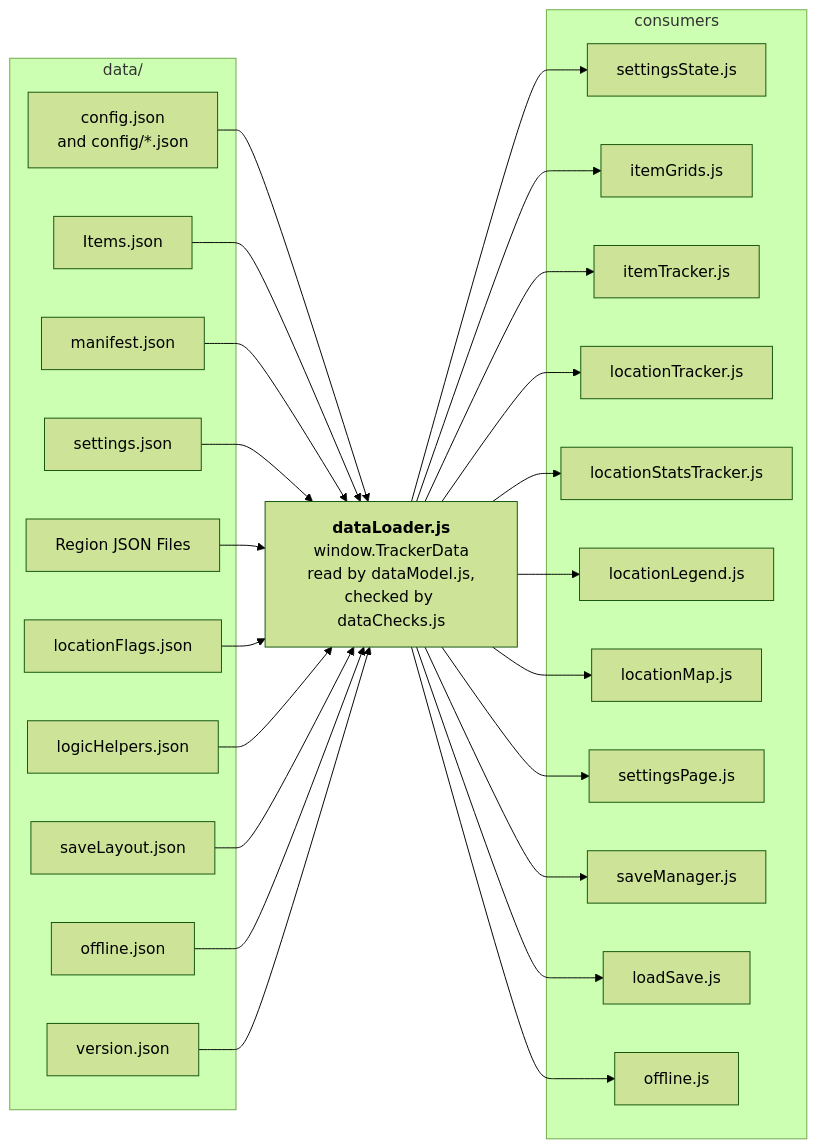
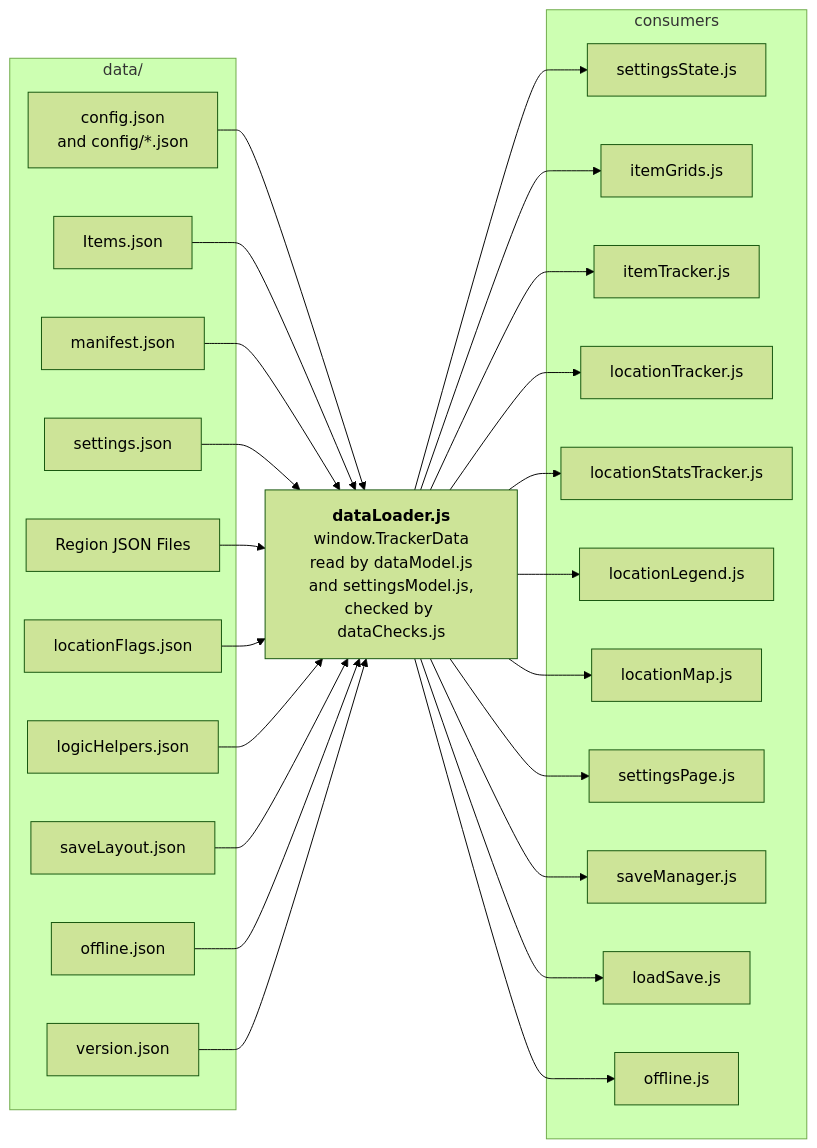
Before and after one commit to GonzaloJMora/mm3drTracker: the fourth of 20 diagrams in documentation/architecture-diagram.md, drawn with Mermaid (forest theme). The commit also changed other lines of this file and 12 other files, not shown here.

````diff
--- a/documentation/architecture-diagram.md
+++ b/documentation/architecture-diagram.md
@@ -89,54 +90,54 @@
 ```mermaid
 %%{init: {"flowchart": {"rankSpacing": 30}}}%%
 flowchart LR
     subgraph D["data/"]
         CFG["config.json<br/>and config/*.json"]
         ITM["Items.json"]
         MAN["manifest.json"]
         SET["settings.json"]
         REG["Region JSON Files"]
         FLG["locationFlags.json"]
         HLP["logicHelpers.json"]
         LAY["saveLayout.json"]
         OFF["offline.json"]
         VER["version.json"]
     end
 
-    DL["<b>dataLoader.js</b><br/>window.TrackerData<br/>read by dataModel.js,<br/>checked by dataChecks.js"]
+    DL["<b>dataLoader.js</b><br/>window.TrackerData<br/>read by dataModel.js<br/>and settingsModel.js,<br/>checked by dataChecks.js"]
 
     subgraph CONS["consumers"]
         SS["settingsState.js"]
         IG["itemGrids.js"]
         IT["itemTracker.js"]
         LT["locationTracker.js"]
         LST["locationStatsTracker.js"]
         LEG["locationLegend.js"]
         LM["locationMap.js"]
         SPJ["settingsPage.js"]
         SM["saveManager.js"]
         LSV["loadSave.js"]
         OFJ["offline.js"]
     end
 
     CFG --> DL
     ITM --> DL
     MAN --> DL
     SET --> DL
     REG --> DL
     FLG --> DL
     HLP --> DL
     LAY --> DL
     OFF --> DL
     VER --> DL
     DL --> SS
     DL --> IG
     DL --> IT
     DL --> LT
     DL --> LST
     DL --> LEG
     DL --> LM
     DL --> SPJ
     DL --> SM
     DL --> LSV
     DL --> OFJ
 ```
````
